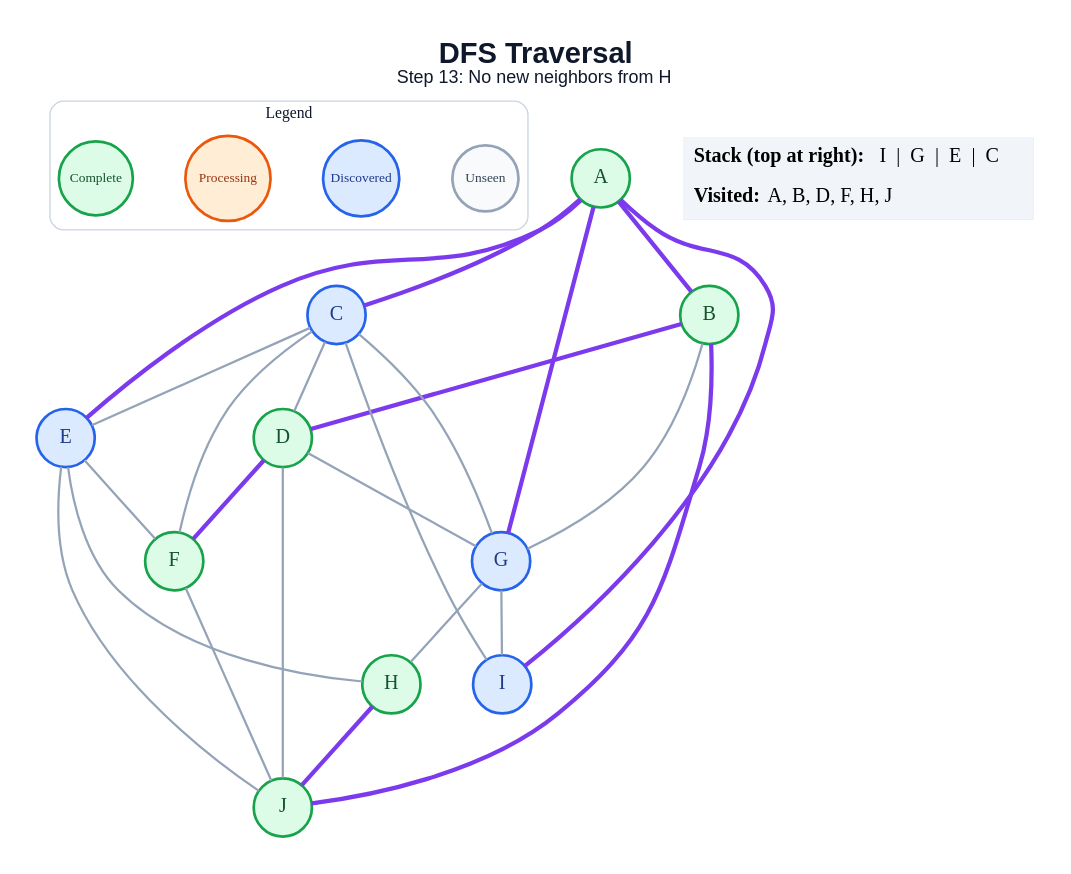
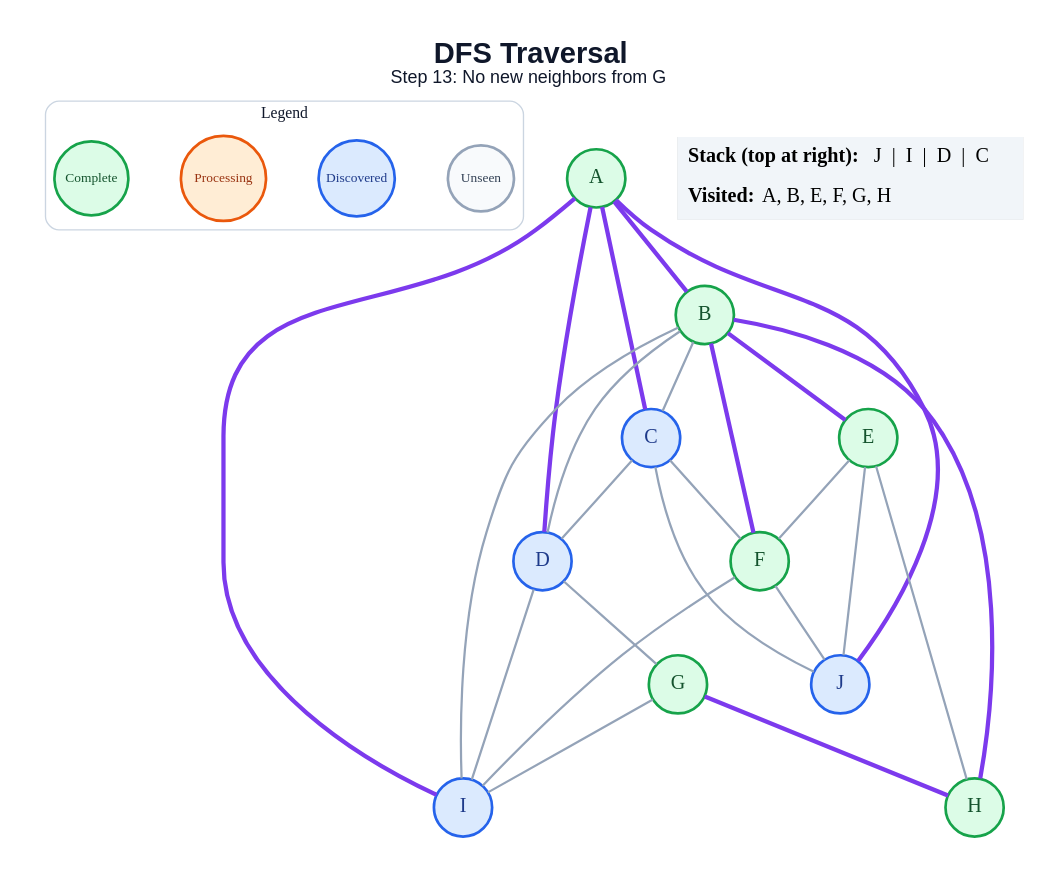
The diagram in generated/dfs/step_13.dot (anon7238593-create/ai-slop), drawn with Graphviz before and after one commit. The commit also changed 171 other files, not shown here.

```diff
--- a/generated/dfs/step_13.dot
+++ b/generated/dfs/step_13.dot
@@ -1,52 +1,52 @@
 graph traversal {
   graph [layout=dot, rankdir=TB, bgcolor="#FFFFFF", pad="0.35", nodesep="0.65", ranksep="0.8", fontname="Arial"];
   node [shape=circle, style="filled", fontname="Arial Bold", fontsize=18, width=0.72, fixedsize=true, penwidth=2.4];
   edge [color="#94A3B8", penwidth=2.0];
-  label=<<B>DFS Traversal</B><BR/><FONT POINT-SIZE="16">Step 13: No new neighbors from H</FONT>>; labelloc="t"; fontsize=26; fontname="Arial"; fontcolor="#0F172A";
+  label=<<B>DFS Traversal</B><BR/><FONT POINT-SIZE="16">Step 13: No new neighbors from G</FONT>>; labelloc="t"; fontsize=26; fontname="Arial"; fontcolor="#0F172A";
   subgraph cluster_legend { label="Legend"; color="#CBD5E1"; penwidth=1.2; style="rounded"; fontsize=14; fontname="Arial Bold";
     key_unseen [label="Unseen", fillcolor="#F8FAFC", color="#94A3B8", fontcolor="#334155", fontsize=12, width=0.82];
     key_frontier [label="Discovered", fillcolor="#DBEAFE", color="#2563EB", fontcolor="#1E3A8A", fontsize=12, width=0.95];
     key_current [label="Processing", fillcolor="#FFEDD5", color="#EA580C", fontcolor="#9A3412", fontsize=12, width=1.05];
     key_done [label="Complete", fillcolor="#DCFCE7", color="#16A34A", fontcolor="#14532D", fontsize=12, width=0.92];
     { rank=same; key_unseen; key_frontier; key_current; key_done; }
   }
   A [fillcolor="#DCFCE7", color="#16A34A", fontcolor="#14532D"];
   B [fillcolor="#DCFCE7", color="#16A34A", fontcolor="#14532D"];
   C [fillcolor="#DBEAFE", color="#2563EB", fontcolor="#1E3A8A"];
-  D [fillcolor="#DCFCE7", color="#16A34A", fontcolor="#14532D"];
-  E [fillcolor="#DBEAFE", color="#2563EB", fontcolor="#1E3A8A"];
+  D [fillcolor="#DBEAFE", color="#2563EB", fontcolor="#1E3A8A"];
+  E [fillcolor="#DCFCE7", color="#16A34A", fontcolor="#14532D"];
   F [fillcolor="#DCFCE7", color="#16A34A", fontcolor="#14532D"];
-  G [fillcolor="#DBEAFE", color="#2563EB", fontcolor="#1E3A8A"];
+  G [fillcolor="#DCFCE7", color="#16A34A", fontcolor="#14532D"];
   H [fillcolor="#DCFCE7", color="#16A34A", fontcolor="#14532D"];
   I [fillcolor="#DBEAFE", color="#2563EB", fontcolor="#1E3A8A"];
-  J [fillcolor="#DCFCE7", color="#16A34A", fontcolor="#14532D"];
+  J [fillcolor="#DBEAFE", color="#2563EB", fontcolor="#1E3A8A"];
   A -- B [color="#7C3AED", penwidth=3.8];
   A -- C [color="#7C3AED", penwidth=3.8];
-  A -- E [color="#7C3AED", penwidth=3.8];
-  A -- G [color="#7C3AED", penwidth=3.8];
+  A -- D [color="#7C3AED", penwidth=3.8];
   A -- I [color="#7C3AED", penwidth=3.8];
-  B -- D [color="#7C3AED", penwidth=3.8];
-  B -- G;
-  B -- J [color="#7C3AED", penwidth=3.8];
+  A -- J [color="#7C3AED", penwidth=3.8];
+  B -- C;
+  B -- D;
+  B -- E [color="#7C3AED", penwidth=3.8];
+  B -- F [color="#7C3AED", penwidth=3.8];
+  B -- H [color="#7C3AED", penwidth=3.8];
+  B -- I;
   C -- D;
-  C -- E;
   C -- F;
-  C -- G;
-  C -- I;
-  D -- F [color="#7C3AED", penwidth=3.8];
+  C -- J;
   D -- G;
-  D -- J;
+  D -- I;
   E -- F;
   E -- H;
   E -- J;
+  F -- I;
   F -- J;
-  G -- H;
+  G -- H [color="#7C3AED", penwidth=3.8];
   G -- I;
-  H -- J [color="#7C3AED", penwidth=3.8];
   status [shape=plain, fixedsize=false, width=0, height=0, margin=0, label=<
     <TABLE BORDER="0" CELLBORDER="0" CELLPADDING="7" BGCOLOR="#F1F5F9">
-      <TR><TD ALIGN="LEFT"><B>Stack (top at right):</B> I  |  G  |  E  |  C</TD></TR>
-      <TR><TD ALIGN="LEFT"><B>Visited:</B> A, B, D, F, H, J</TD></TR>
+      <TR><TD ALIGN="LEFT"><B>Stack (top at right):</B> J  |  I  |  D  |  C</TD></TR>
+      <TR><TD ALIGN="LEFT"><B>Visited:</B> A, B, E, F, G, H</TD></TR>
     </TABLE>
   >];
 }
```
